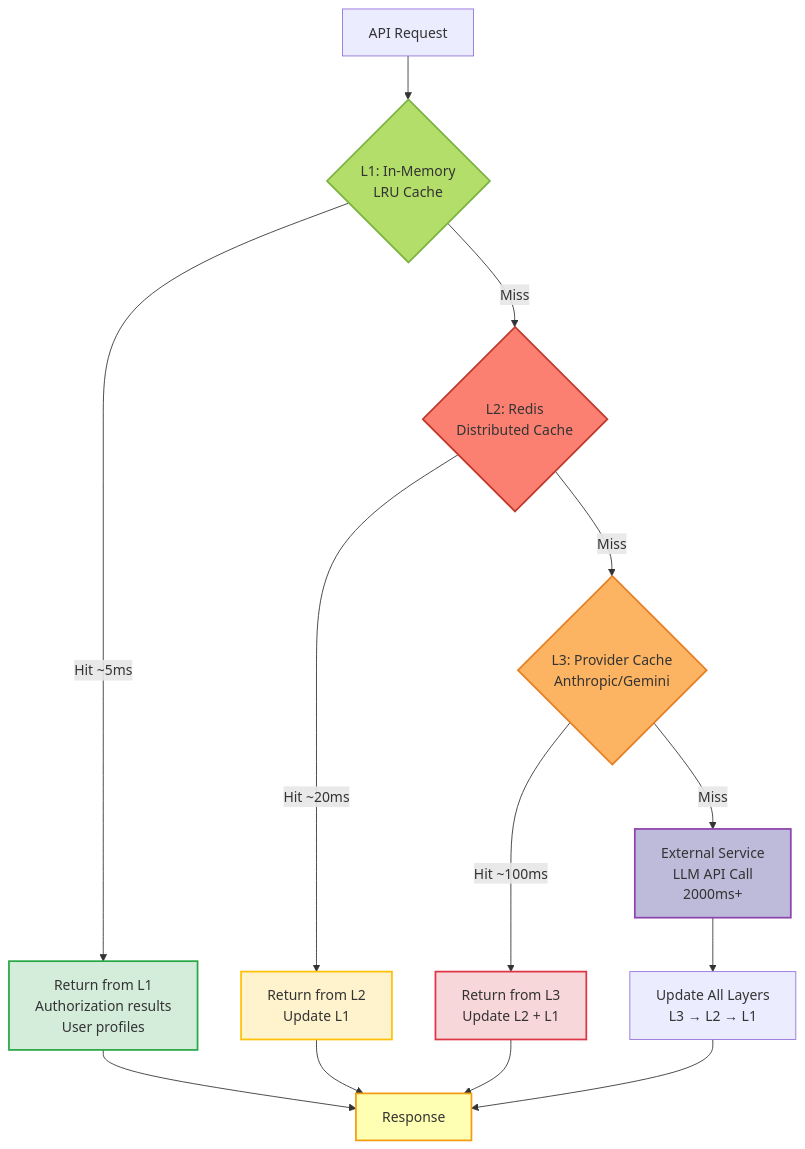
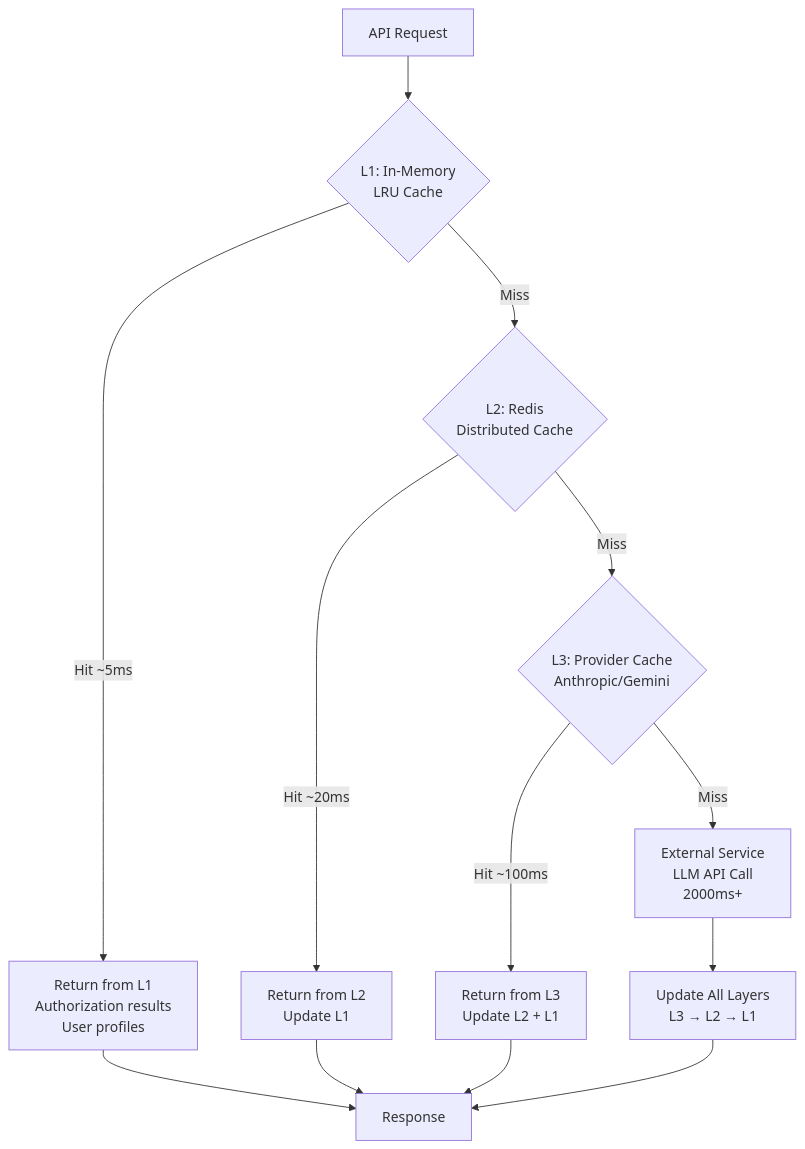
One commit to vishnu2kmohan/mcp-server-langgraph changed the second of 3 diagrams in docs/architecture/adr-0028-caching-strategy.mdx. Above: the diagram before and after it, drawn with Mermaid. The commit also changed 11 other files, not shown here.

First line of the commit message:
docs: modernize Mermaid diagrams to follow 2025 best practices

````diff
--- a/docs/architecture/adr-0028-caching-strategy.mdx
+++ b/docs/architecture/adr-0028-caching-strategy.mdx
@@ -70,29 +70,21 @@
 ```mermaid
 flowchart TB
     Request[API Request] --> L1{L1: In-Memory<br/>LRU Cache}
 
     L1 -->|Hit ~5ms| L1Hit[Return from L1<br/>Authorization results<br/>User profiles]
     L1 -->|Miss| L2{L2: Redis<br/>Distributed Cache}
 
     L2 -->|Hit ~20ms| L2Hit[Return from L2<br/>Update L1]
     L2 -->|Miss| L3{L3: Provider Cache<br/>Anthropic/Gemini}
 
     L3 -->|Hit ~100ms| L3Hit[Return from L3<br/>Update L2 + L1]
     L3 -->|Miss| External[External Service<br/>LLM API Call<br/>2000ms+]
 
     External --> Update[Update All Layers<br/>L3 → L2 → L1]
     Update --> Response[Response]
 
     L1Hit --> Response
     L2Hit --> Response
     L3Hit --> Response
 
-    style L1 fill:#b3de69,stroke:#7cb342,stroke-width:2px
-    style L2 fill:#fb8072,stroke:#c0392b,stroke-width:2px
-    style L3 fill:#fdb462,stroke:#e67e22,stroke-width:2px
-    style External fill:#bebada,stroke:#8e44ad,stroke-width:2px
-    style L1Hit fill:#d4edda,stroke:#28a745,stroke-width:2px
-    style L2Hit fill:#fff3cd,stroke:#ffc107,stroke-width:2px
-    style L3Hit fill:#f8d7da,stroke:#dc3545,stroke-width:2px
-    style Response fill:#ffffb3,stroke:#f39c12,stroke-width:2px
 ```
````
